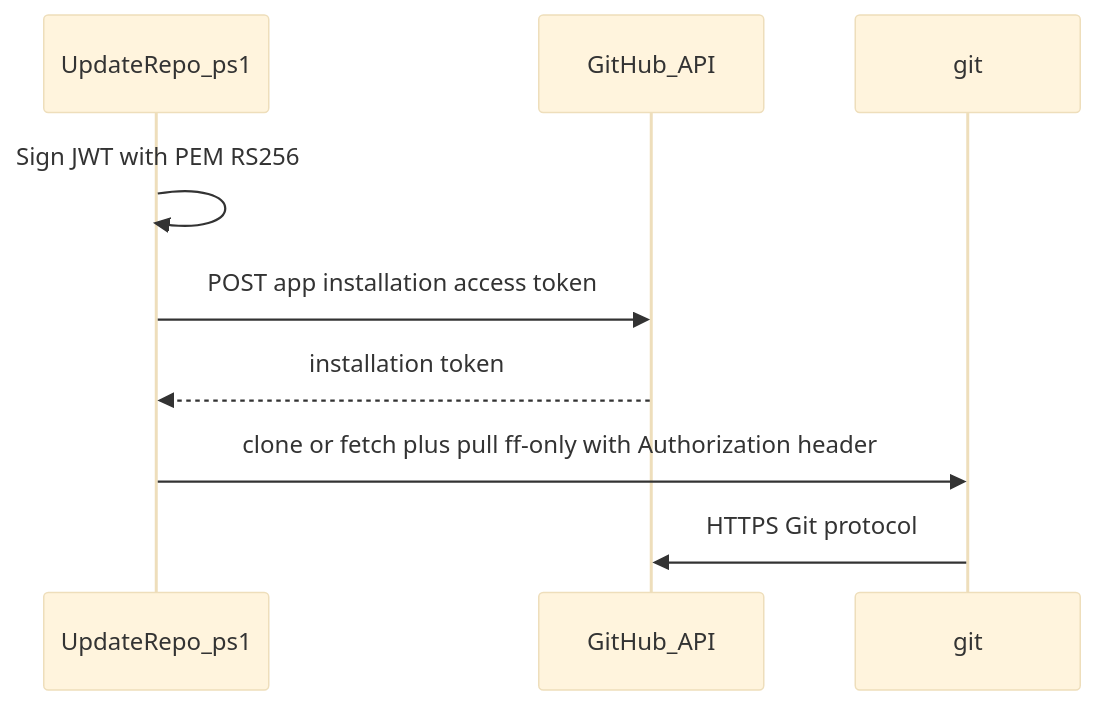
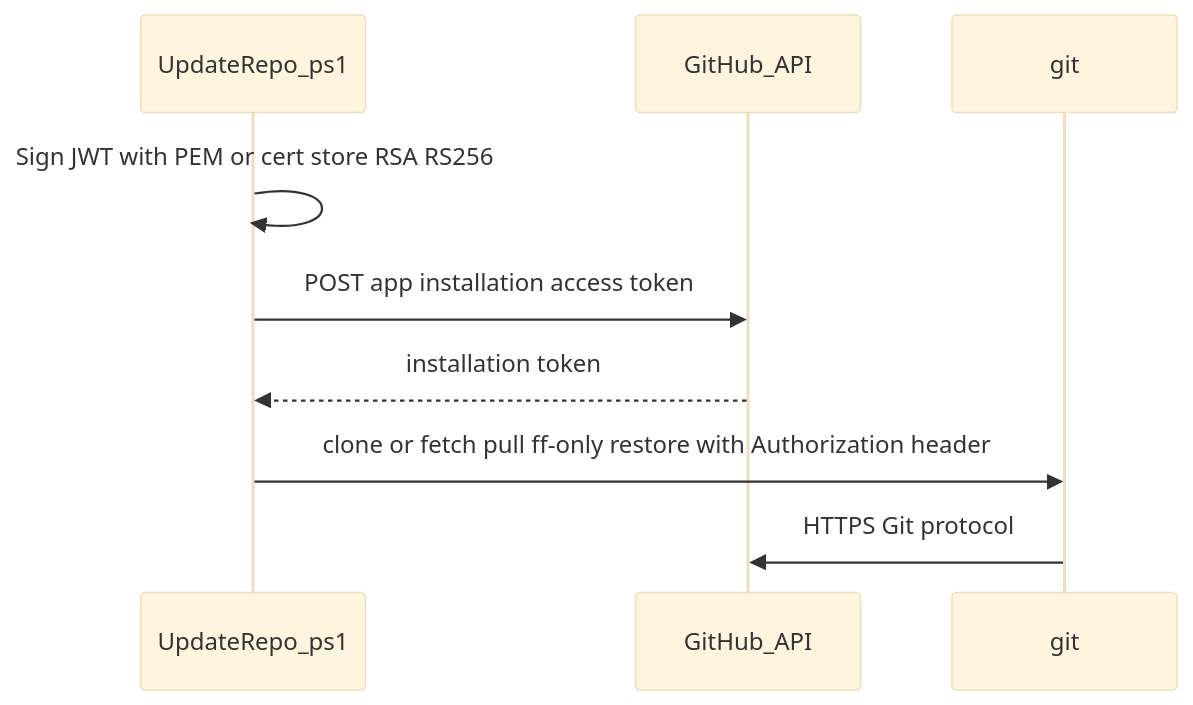
One commit to emraith/sematest changed the diagram in git-sync/README.md. Above: the diagram before and after it, drawn with Mermaid (base theme). The commit also changed other lines of this file, not shown here.

````diff
--- a/git-sync/README.md
+++ b/git-sync/README.md
@@ -18,12 +18,12 @@
 ```mermaid
 sequenceDiagram
   participant Script as UpdateRepo_ps1
   participant API as GitHub_API
   participant Git as git
 
-  Script->>Script: Sign JWT with PEM RS256
+  Script->>Script: Sign JWT with PEM or cert store RSA RS256
   Script->>API: POST app installation access token
   API-->>Script: installation token
-  Script->>Git: clone or fetch plus pull ff-only with Authorization header
+  Script->>Git: clone or fetch pull ff-only restore with Authorization header
   Git->>API: HTTPS Git protocol
 ```
````
